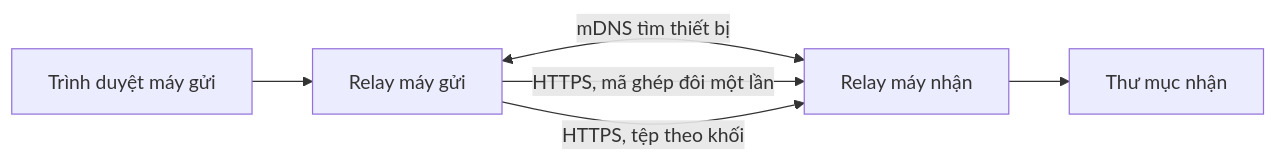
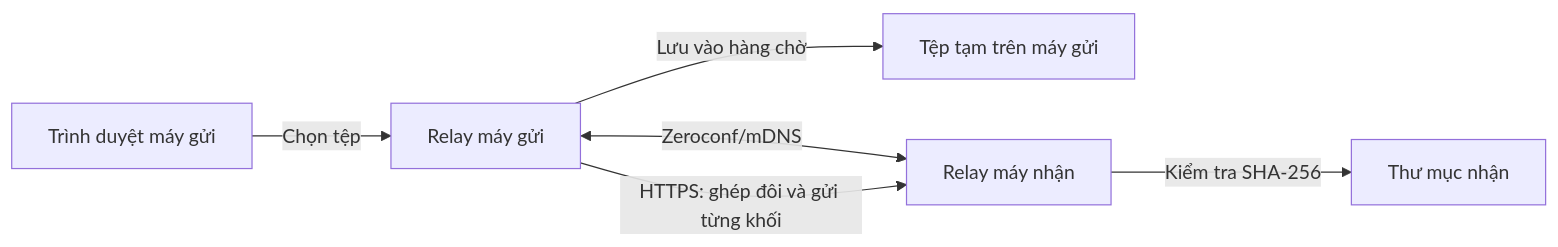
One commit to doletrandat/filetransfer6969 changed the diagram in README.md. Above: the diagram before and after it, drawn with Mermaid. The commit also changed other lines of this file, not shown here.

Commit message:
Document Relay for course project submission

````diff
--- a/README.md
+++ b/README.md
@@ -48,8 +70,8 @@
 ```mermaid
 flowchart LR
-    A[Trình duyệt máy gửi] --> B[Relay máy gửi]
-    B <-->|mDNS tìm thiết bị| C[Relay máy nhận]
-    B -->|HTTPS, mã ghép đôi một lần| C
-    B -->|HTTPS, tệp theo khối| C
-    C --> D[Thư mục nhận]
+    A[Trình duyệt máy gửi] -->|Chọn tệp| B[Relay máy gửi]
+    B -->|Lưu vào hàng chờ| C[Tệp tạm trên máy gửi]
+    B <-->|Zeroconf/mDNS| D[Relay máy nhận]
+    B -->|HTTPS: ghép đôi và gửi từng khối| D
+    D -->|Kiểm tra SHA-256| E[Thư mục nhận]
 ```
````
